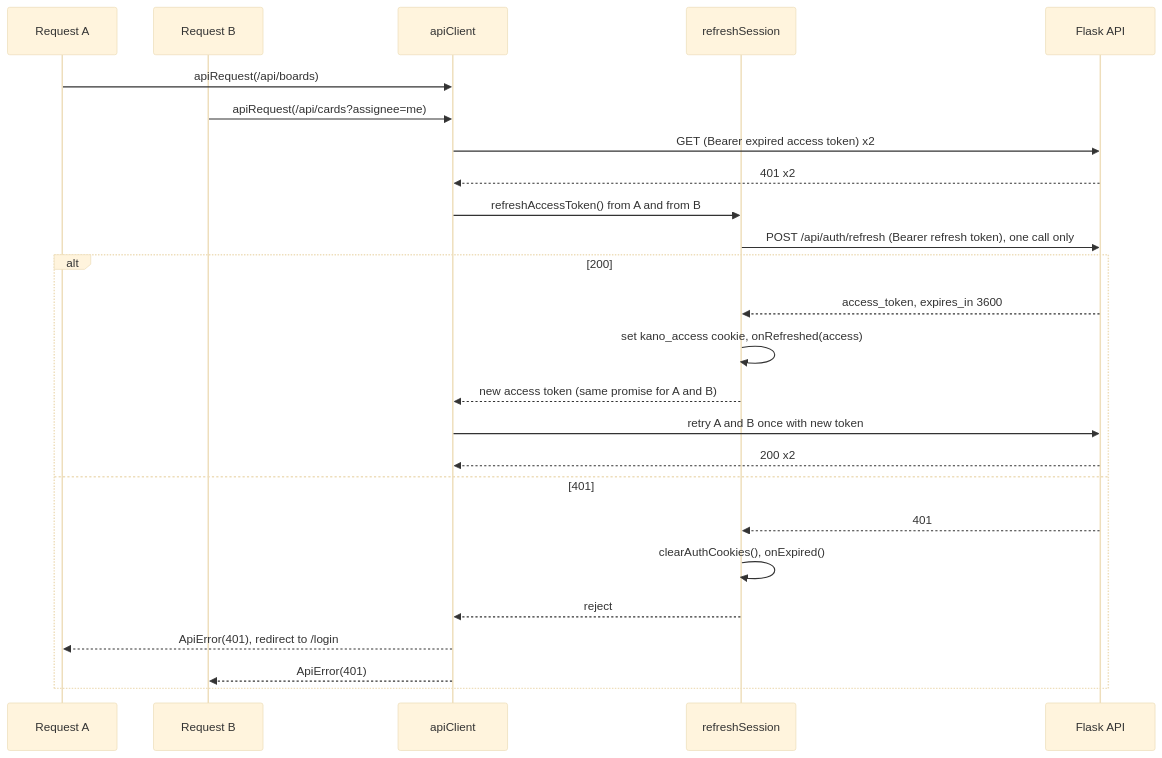
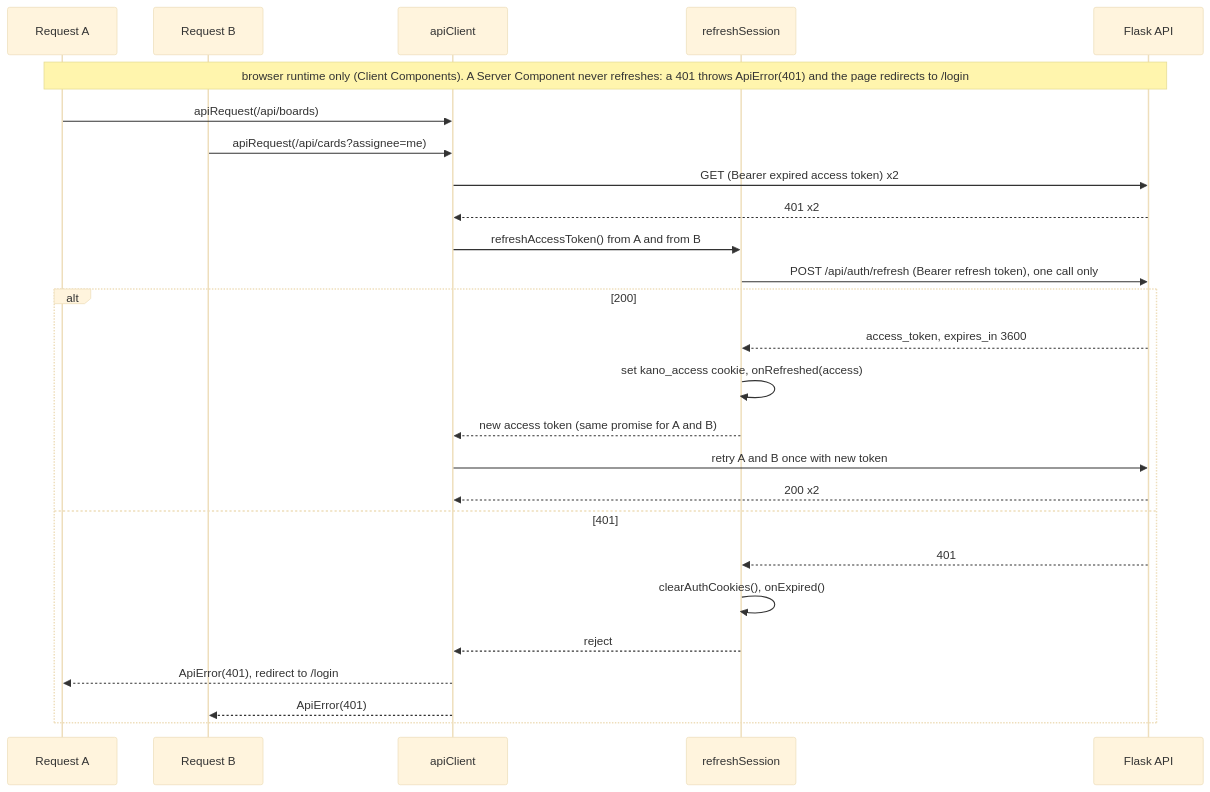
The sixth of 9 diagrams in .kiro/specs/kano/design.md (Revou-FSSE-Jun26/module-4-jonathanchristian), drawn with Mermaid (base theme) before and after one commit. The commit also changed other lines of this file and 2 other files, not shown here.

````diff
--- a/.kiro/specs/kano/design.md
+++ b/.kiro/specs/kano/design.md
@@ -558,27 +560,28 @@
 ```mermaid
 sequenceDiagram
     participant C1 as Request A
     participant C2 as Request B
     participant AC as apiClient
     participant RS as refreshSession
     participant API as Flask API
+    Note over C1,API: browser runtime only (Client Components). A Server Component never refreshes: a 401 throws ApiError(401) and the page redirects to /login
     C1->>AC: apiRequest(/api/boards)
     C2->>AC: apiRequest(/api/cards?assignee=me)
     AC->>API: GET (Bearer expired access token) x2
     API-->>AC: 401 x2
     AC->>RS: refreshAccessToken() from A and from B
     RS->>API: POST /api/auth/refresh (Bearer refresh token), one call only
     alt 200
         API-->>RS: access_token, expires_in 3600
         RS->>RS: set kano_access cookie, onRefreshed(access)
         RS-->>AC: new access token (same promise for A and B)
         AC->>API: retry A and B once with new token
         API-->>AC: 200 x2
     else 401
         API-->>RS: 401
         RS->>RS: clearAuthCookies(), onExpired()
         RS-->>AC: reject
         AC-->>C1: ApiError(401), redirect to /login
         AC-->>C2: ApiError(401)
     end
 ```
````
